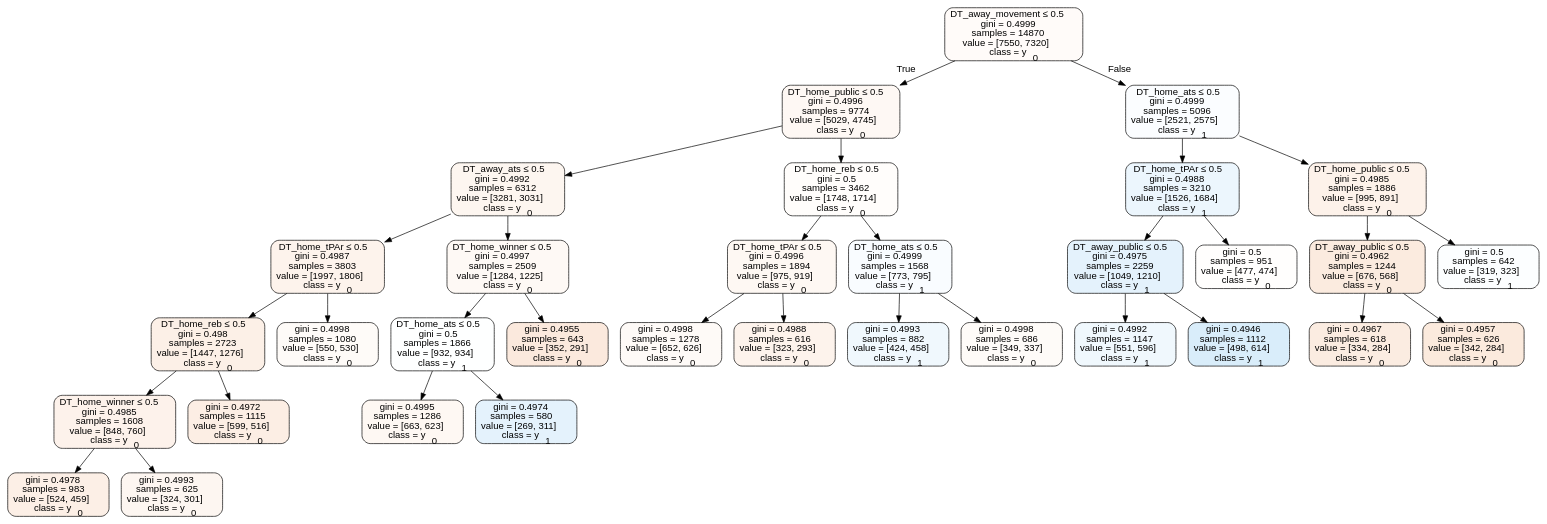
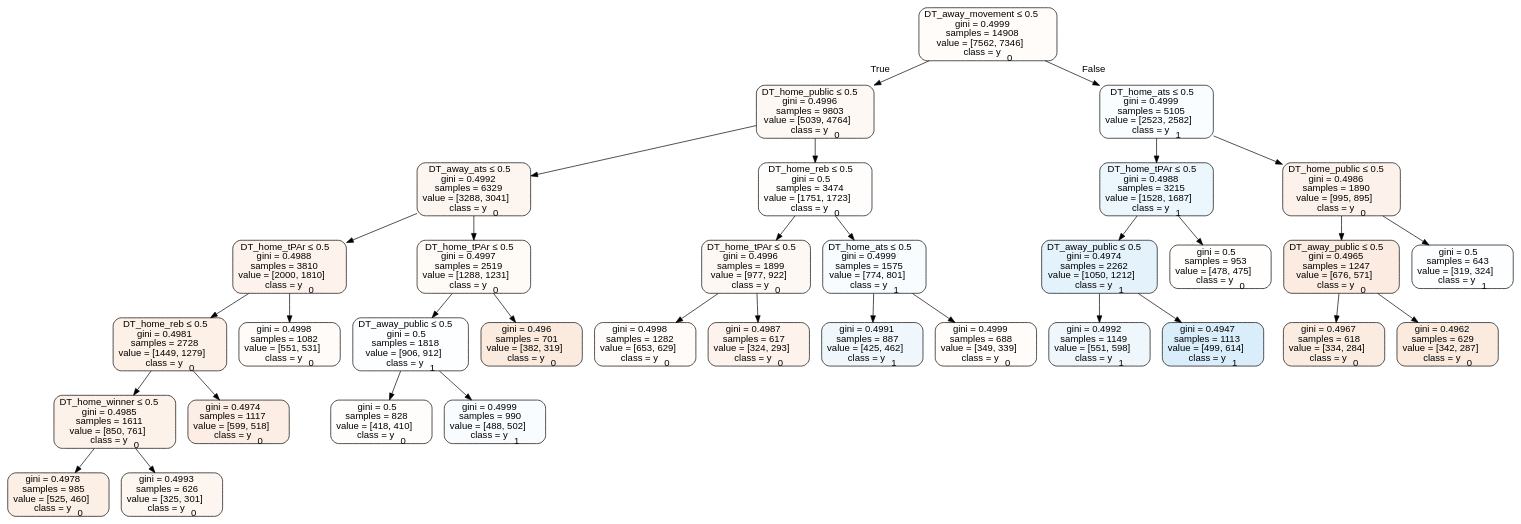
Before and after one commit to usbogie/ncaa-bets: the diagram in Basketball/data/trees/tree2012home.dot, drawn with Graphviz. The commit also changed 33 other files, not shown here.

```diff
--- a/Basketball/data/trees/tree2012home.dot
+++ b/Basketball/data/trees/tree2012home.dot
@@ -1,69 +1,69 @@
 digraph Tree {
 node [shape=box, style="filled, rounded", color="black", fontname=helvetica] ;
 edge [fontname=helvetica] ;
-0 [label=<DT_away_movement &le; 0.5<br/>gini = 0.4999<br/>samples = 14870<br/>value = [7550, 7320]<br/>class = y<SUB>0</SUB>>, fillcolor="#e5813908"] ;
-1 [label=<DT_home_public &le; 0.5<br/>gini = 0.4996<br/>samples = 9774<br/>value = [5029, 4745]<br/>class = y<SUB>0</SUB>>, fillcolor="#e581390e"] ;
+0 [label=<DT_away_movement &le; 0.5<br/>gini = 0.4999<br/>samples = 14908<br/>value = [7562, 7346]<br/>class = y<SUB>0</SUB>>, fillcolor="#e5813907"] ;
+1 [label=<DT_home_public &le; 0.5<br/>gini = 0.4996<br/>samples = 9803<br/>value = [5039, 4764]<br/>class = y<SUB>0</SUB>>, fillcolor="#e581390e"] ;
 0 -> 1 [labeldistance=2.5, labelangle=45, headlabel="True"] ;
-2 [label=<DT_away_ats &le; 0.5<br/>gini = 0.4992<br/>samples = 6312<br/>value = [3281, 3031]<br/>class = y<SUB>0</SUB>>, fillcolor="#e5813913"] ;
+2 [label=<DT_away_ats &le; 0.5<br/>gini = 0.4992<br/>samples = 6329<br/>value = [3288, 3041]<br/>class = y<SUB>0</SUB>>, fillcolor="#e5813913"] ;
 1 -> 2 ;
-3 [label=<DT_home_tPAr &le; 0.5<br/>gini = 0.4987<br/>samples = 3803<br/>value = [1997, 1806]<br/>class = y<SUB>0</SUB>>, fillcolor="#e5813918"] ;
+3 [label=<DT_home_tPAr &le; 0.5<br/>gini = 0.4988<br/>samples = 3810<br/>value = [2000, 1810]<br/>class = y<SUB>0</SUB>>, fillcolor="#e5813918"] ;
 2 -> 3 ;
-4 [label=<DT_home_reb &le; 0.5<br/>gini = 0.498<br/>samples = 2723<br/>value = [1447, 1276]<br/>class = y<SUB>0</SUB>>, fillcolor="#e581391e"] ;
+4 [label=<DT_home_reb &le; 0.5<br/>gini = 0.4981<br/>samples = 2728<br/>value = [1449, 1279]<br/>class = y<SUB>0</SUB>>, fillcolor="#e581391e"] ;
 3 -> 4 ;
-5 [label=<DT_home_winner &le; 0.5<br/>gini = 0.4985<br/>samples = 1608<br/>value = [848, 760]<br/>class = y<SUB>0</SUB>>, fillcolor="#e581391a"] ;
+5 [label=<DT_home_winner &le; 0.5<br/>gini = 0.4985<br/>samples = 1611<br/>value = [850, 761]<br/>class = y<SUB>0</SUB>>, fillcolor="#e581391b"] ;
 4 -> 5 ;
-6 [label=<gini = 0.4978<br/>samples = 983<br/>value = [524, 459]<br/>class = y<SUB>0</SUB>>, fillcolor="#e5813920"] ;
+6 [label=<gini = 0.4978<br/>samples = 985<br/>value = [525, 460]<br/>class = y<SUB>0</SUB>>, fillcolor="#e5813920"] ;
 5 -> 6 ;
-7 [label=<gini = 0.4993<br/>samples = 625<br/>value = [324, 301]<br/>class = y<SUB>0</SUB>>, fillcolor="#e5813912"] ;
+7 [label=<gini = 0.4993<br/>samples = 626<br/>value = [325, 301]<br/>class = y<SUB>0</SUB>>, fillcolor="#e5813913"] ;
 5 -> 7 ;
-8 [label=<gini = 0.4972<br/>samples = 1115<br/>value = [599, 516]<br/>class = y<SUB>0</SUB>>, fillcolor="#e5813923"] ;
+8 [label=<gini = 0.4974<br/>samples = 1117<br/>value = [599, 518]<br/>class = y<SUB>0</SUB>>, fillcolor="#e5813922"] ;
 4 -> 8 ;
-9 [label=<gini = 0.4998<br/>samples = 1080<br/>value = [550, 530]<br/>class = y<SUB>0</SUB>>, fillcolor="#e5813909"] ;
+9 [label=<gini = 0.4998<br/>samples = 1082<br/>value = [551, 531]<br/>class = y<SUB>0</SUB>>, fillcolor="#e5813909"] ;
 3 -> 9 ;
-10 [label=<DT_home_winner &le; 0.5<br/>gini = 0.4997<br/>samples = 2509<br/>value = [1284, 1225]<br/>class = y<SUB>0</SUB>>, fillcolor="#e581390c"] ;
+10 [label=<DT_home_tPAr &le; 0.5<br/>gini = 0.4997<br/>samples = 2519<br/>value = [1288, 1231]<br/>class = y<SUB>0</SUB>>, fillcolor="#e581390b"] ;
 2 -> 10 ;
-11 [label=<DT_home_ats &le; 0.5<br/>gini = 0.5<br/>samples = 1866<br/>value = [932, 934]<br/>class = y<SUB>1</SUB>>, fillcolor="#399de501"] ;
+11 [label=<DT_away_public &le; 0.5<br/>gini = 0.5<br/>samples = 1818<br/>value = [906, 912]<br/>class = y<SUB>1</SUB>>, fillcolor="#399de502"] ;
 10 -> 11 ;
-12 [label=<gini = 0.4995<br/>samples = 1286<br/>value = [663, 623]<br/>class = y<SUB>0</SUB>>, fillcolor="#e581390f"] ;
+12 [label=<gini = 0.5<br/>samples = 828<br/>value = [418, 410]<br/>class = y<SUB>0</SUB>>, fillcolor="#e5813905"] ;
 11 -> 12 ;
-13 [label=<gini = 0.4974<br/>samples = 580<br/>value = [269, 311]<br/>class = y<SUB>1</SUB>>, fillcolor="#399de522"] ;
+13 [label=<gini = 0.4999<br/>samples = 990<br/>value = [488, 502]<br/>class = y<SUB>1</SUB>>, fillcolor="#399de507"] ;
 11 -> 13 ;
-14 [label=<gini = 0.4955<br/>samples = 643<br/>value = [352, 291]<br/>class = y<SUB>0</SUB>>, fillcolor="#e581392c"] ;
+14 [label=<gini = 0.496<br/>samples = 701<br/>value = [382, 319]<br/>class = y<SUB>0</SUB>>, fillcolor="#e581392a"] ;
 10 -> 14 ;
-15 [label=<DT_home_reb &le; 0.5<br/>gini = 0.5<br/>samples = 3462<br/>value = [1748, 1714]<br/>class = y<SUB>0</SUB>>, fillcolor="#e5813905"] ;
+15 [label=<DT_home_reb &le; 0.5<br/>gini = 0.5<br/>samples = 3474<br/>value = [1751, 1723]<br/>class = y<SUB>0</SUB>>, fillcolor="#e5813904"] ;
 1 -> 15 ;
-16 [label=<DT_home_tPAr &le; 0.5<br/>gini = 0.4996<br/>samples = 1894<br/>value = [975, 919]<br/>class = y<SUB>0</SUB>>, fillcolor="#e581390f"] ;
+16 [label=<DT_home_tPAr &le; 0.5<br/>gini = 0.4996<br/>samples = 1899<br/>value = [977, 922]<br/>class = y<SUB>0</SUB>>, fillcolor="#e581390e"] ;
 15 -> 16 ;
-17 [label=<gini = 0.4998<br/>samples = 1278<br/>value = [652, 626]<br/>class = y<SUB>0</SUB>>, fillcolor="#e581390a"] ;
+17 [label=<gini = 0.4998<br/>samples = 1282<br/>value = [653, 629]<br/>class = y<SUB>0</SUB>>, fillcolor="#e5813909"] ;
 16 -> 17 ;
-18 [label=<gini = 0.4988<br/>samples = 616<br/>value = [323, 293]<br/>class = y<SUB>0</SUB>>, fillcolor="#e5813918"] ;
+18 [label=<gini = 0.4987<br/>samples = 617<br/>value = [324, 293]<br/>class = y<SUB>0</SUB>>, fillcolor="#e5813918"] ;
 16 -> 18 ;
-19 [label=<DT_home_ats &le; 0.5<br/>gini = 0.4999<br/>samples = 1568<br/>value = [773, 795]<br/>class = y<SUB>1</SUB>>, fillcolor="#399de507"] ;
+19 [label=<DT_home_ats &le; 0.5<br/>gini = 0.4999<br/>samples = 1575<br/>value = [774, 801]<br/>class = y<SUB>1</SUB>>, fillcolor="#399de509"] ;
 15 -> 19 ;
-20 [label=<gini = 0.4993<br/>samples = 882<br/>value = [424, 458]<br/>class = y<SUB>1</SUB>>, fillcolor="#399de513"] ;
+20 [label=<gini = 0.4991<br/>samples = 887<br/>value = [425, 462]<br/>class = y<SUB>1</SUB>>, fillcolor="#399de514"] ;
 19 -> 20 ;
-21 [label=<gini = 0.4998<br/>samples = 686<br/>value = [349, 337]<br/>class = y<SUB>0</SUB>>, fillcolor="#e5813909"] ;
+21 [label=<gini = 0.4999<br/>samples = 688<br/>value = [349, 339]<br/>class = y<SUB>0</SUB>>, fillcolor="#e5813907"] ;
 19 -> 21 ;
-22 [label=<DT_home_ats &le; 0.5<br/>gini = 0.4999<br/>samples = 5096<br/>value = [2521, 2575]<br/>class = y<SUB>1</SUB>>, fillcolor="#399de505"] ;
+22 [label=<DT_home_ats &le; 0.5<br/>gini = 0.4999<br/>samples = 5105<br/>value = [2523, 2582]<br/>class = y<SUB>1</SUB>>, fillcolor="#399de506"] ;
 0 -> 22 [labeldistance=2.5, labelangle=-45, headlabel="False"] ;
-23 [label=<DT_home_tPAr &le; 0.5<br/>gini = 0.4988<br/>samples = 3210<br/>value = [1526, 1684]<br/>class = y<SUB>1</SUB>>, fillcolor="#399de518"] ;
+23 [label=<DT_home_tPAr &le; 0.5<br/>gini = 0.4988<br/>samples = 3215<br/>value = [1528, 1687]<br/>class = y<SUB>1</SUB>>, fillcolor="#399de518"] ;
 22 -> 23 ;
-24 [label=<DT_away_public &le; 0.5<br/>gini = 0.4975<br/>samples = 2259<br/>value = [1049, 1210]<br/>class = y<SUB>1</SUB>>, fillcolor="#399de522"] ;
+24 [label=<DT_away_public &le; 0.5<br/>gini = 0.4974<br/>samples = 2262<br/>value = [1050, 1212]<br/>class = y<SUB>1</SUB>>, fillcolor="#399de522"] ;
 23 -> 24 ;
-25 [label=<gini = 0.4992<br/>samples = 1147<br/>value = [551, 596]<br/>class = y<SUB>1</SUB>>, fillcolor="#399de513"] ;
+25 [label=<gini = 0.4992<br/>samples = 1149<br/>value = [551, 598]<br/>class = y<SUB>1</SUB>>, fillcolor="#399de514"] ;
 24 -> 25 ;
-26 [label=<gini = 0.4946<br/>samples = 1112<br/>value = [498, 614]<br/>class = y<SUB>1</SUB>>, fillcolor="#399de530"] ;
+26 [label=<gini = 0.4947<br/>samples = 1113<br/>value = [499, 614]<br/>class = y<SUB>1</SUB>>, fillcolor="#399de530"] ;
 24 -> 26 ;
-27 [label=<gini = 0.5<br/>samples = 951<br/>value = [477, 474]<br/>class = y<SUB>0</SUB>>, fillcolor="#e5813902"] ;
+27 [label=<gini = 0.5<br/>samples = 953<br/>value = [478, 475]<br/>class = y<SUB>0</SUB>>, fillcolor="#e5813902"] ;
 23 -> 27 ;
-28 [label=<DT_home_public &le; 0.5<br/>gini = 0.4985<br/>samples = 1886<br/>value = [995, 891]<br/>class = y<SUB>0</SUB>>, fillcolor="#e581391b"] ;
+28 [label=<DT_home_public &le; 0.5<br/>gini = 0.4986<br/>samples = 1890<br/>value = [995, 895]<br/>class = y<SUB>0</SUB>>, fillcolor="#e581391a"] ;
 22 -> 28 ;
-29 [label=<DT_away_public &le; 0.5<br/>gini = 0.4962<br/>samples = 1244<br/>value = [676, 568]<br/>class = y<SUB>0</SUB>>, fillcolor="#e5813929"] ;
+29 [label=<DT_away_public &le; 0.5<br/>gini = 0.4965<br/>samples = 1247<br/>value = [676, 571]<br/>class = y<SUB>0</SUB>>, fillcolor="#e5813928"] ;
 28 -> 29 ;
 30 [label=<gini = 0.4967<br/>samples = 618<br/>value = [334, 284]<br/>class = y<SUB>0</SUB>>, fillcolor="#e5813926"] ;
 29 -> 30 ;
-31 [label=<gini = 0.4957<br/>samples = 626<br/>value = [342, 284]<br/>class = y<SUB>0</SUB>>, fillcolor="#e581392b"] ;
+31 [label=<gini = 0.4962<br/>samples = 629<br/>value = [342, 287]<br/>class = y<SUB>0</SUB>>, fillcolor="#e5813929"] ;
 29 -> 31 ;
-32 [label=<gini = 0.5<br/>samples = 642<br/>value = [319, 323]<br/>class = y<SUB>1</SUB>>, fillcolor="#399de503"] ;
+32 [label=<gini = 0.5<br/>samples = 643<br/>value = [319, 324]<br/>class = y<SUB>1</SUB>>, fillcolor="#399de504"] ;
 28 -> 32 ;
 }
```
